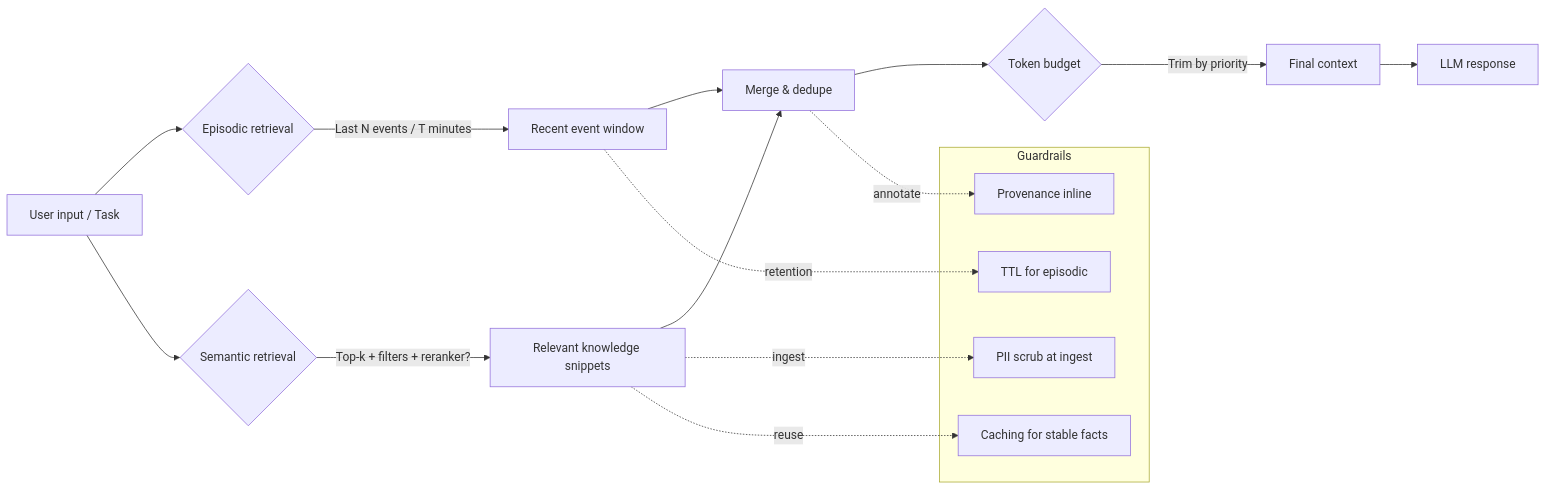
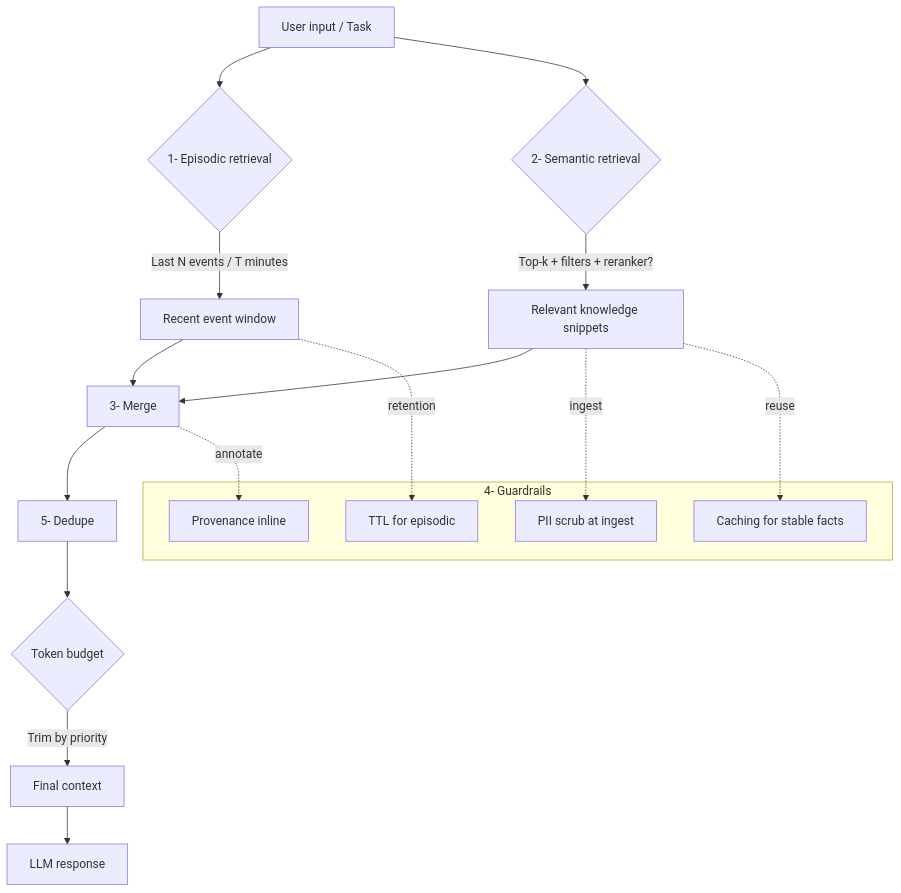
Before and after one commit to fmquaglia/principia-agentica: the fourth of 4 diagrams in publication/docs/blog/posts/091925-memory-in-agents.md, drawn with Mermaid. The commit also changed other lines of this file, not shown here.

Commit message:
Refine "memory-in-agents" blog post hybrid pattern section
Enhanced clarity by restructuring hybrid memory pattern section, improving flowchart details, and explicitly breaking down retrieval/guardrail steps. Updated formatting for better readability.

````diff
--- a/publication/docs/blog/posts/091925-memory-in-agents.md
+++ b/publication/docs/blog/posts/091925-memory-in-agents.md
@@ -237,24 +247,25 @@
-      ```mermaid
-      flowchart LR
-          A[User input / Task] --> B{Episodic retrieval}
-          B -->|Last N events / T minutes| C[Recent event window]
-          A --> D{Semantic retrieval}
-          D -->|Top-k + filters + reranker?| E[Relevant knowledge snippets]
-          C --> F[Merge & dedupe]
-          E --> F
-          F --> G{Token budget}
-          G -->|Trim by priority| H[Final context]
-          H --> I[LLM response]
-      
-          %% Guardrails
-          subgraph Guardrails
-            J[Provenance inline]
-            K[PII scrub at ingest]
-            L[TTL for episodic]
-            M[Caching for stable facts]
-          end
-          F -. annotate .-> J
-          E -. ingest .-> K
-          C -. retention .-> L
-          E -. reuse .-> M
-      ```
+```mermaid
+flowchart TD
+    A[User input / Task] --> B{1- Episodic retrieval}
+    B -->|Last N events / T minutes| C[Recent event window]
+    A --> D{2- Semantic retrieval}
+    D -->|Top-k + filters + reranker?| E[Relevant knowledge snippets]
+    C --> F[3- Merge]
+    E --> F
+    F --> F2[5- Dedupe]
+    F2 --> G{Token budget}
+    G -->|Trim by priority| H[Final context]
+    H --> I[LLM response]
+  
+    %% Guardrails
+    subgraph 4- Guardrails
+      J[Provenance inline]
+      K[PII scrub at ingest]
+      L[TTL for episodic]
+      M[Caching for stable facts]
+    end
+    F -. annotate .-> J
+    E -. ingest .-> K
+    C -. retention .-> L
+    E -. reuse .-> M
+```
````
